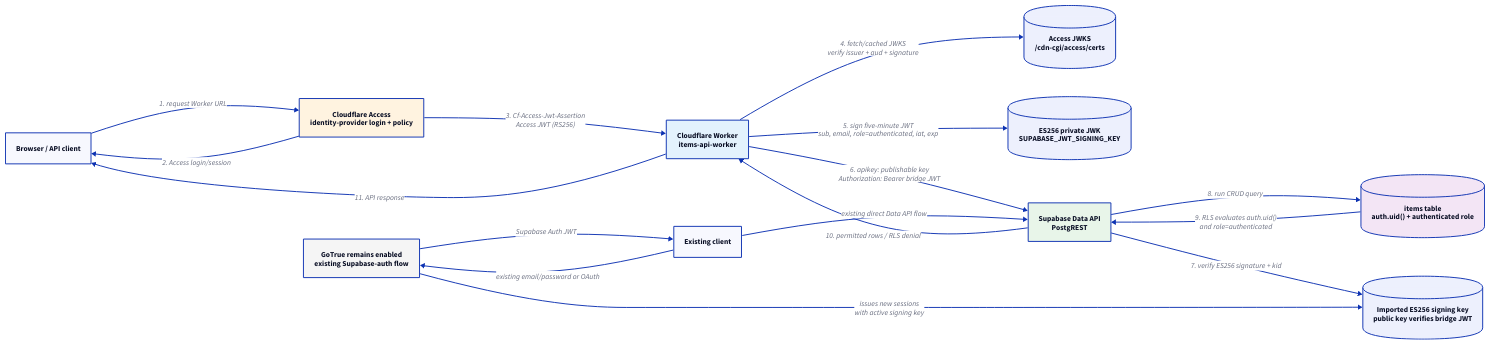
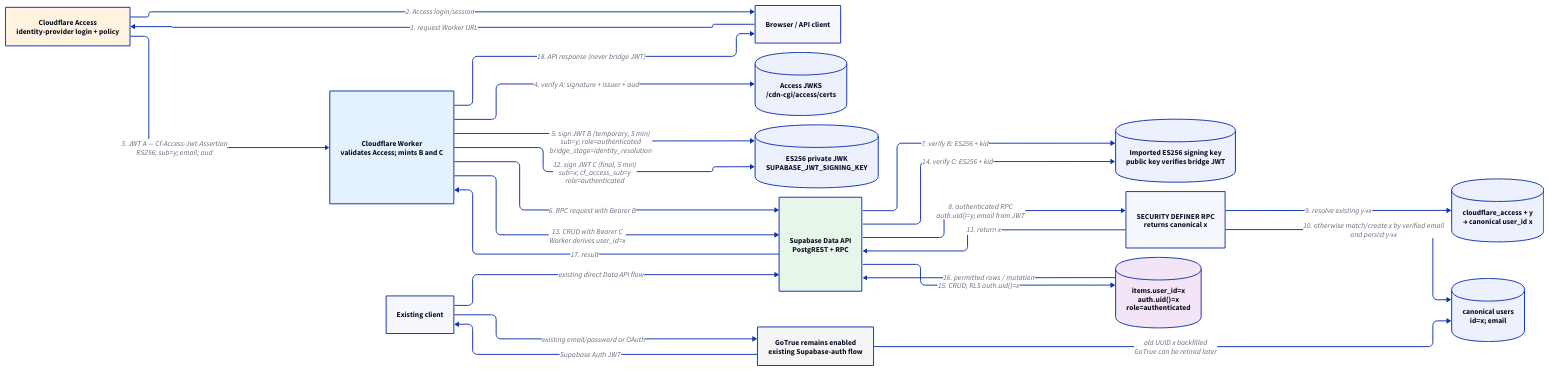
Before and after one commit to yuyutsuk/supa: the diagram in docs/diagrams/option-c-auth-flow.d2, drawn with D2. The commit also changed 8 other files, not shown here.

Commit message:
old user reconciliation

```diff
--- a/docs/diagrams/option-c-auth-flow.d2
+++ b/docs/diagrams/option-c-auth-flow.d2
@@ -1,68 +1,96 @@
+vars: {
+  d2-config: {
+    layout-engine: elk
+  }
+}
+
 direction: right
 
 client: Browser / API client
 
 access: Cloudflare Access {
   shape: rectangle
   label: "Cloudflare Access\nidentity-provider login + policy"
 }
 
 worker: Cloudflare Worker\nitems-api-worker {
   shape: rectangle
-  label: "Cloudflare Worker\nitems-api-worker"
+  label: "Cloudflare Worker\nvalidates Access; mints B and C"
 }
 
 access_jwks: Cloudflare Access JWKS {
   shape: cylinder
   label: "Access JWKS\n/cdn-cgi/access/certs"
 }
 
 worker_key: Worker Secret {
   shape: cylinder
   label: "ES256 private JWK\nSUPABASE_JWT_SIGNING_KEY"
 }
 
 supabase: Supabase Data API {
   shape: rectangle
-  label: "Supabase Data API\nPostgREST"
+  label: "Supabase Data API\nPostgREST + RPC"
 }
 
 supabase_key: Supabase signing key {
   shape: cylinder
   label: "Imported ES256 signing key\npublic key verifies bridge JWT"
 }
 
+resolver: resolve_or_provision\n_current_identity() {
+  shape: rectangle
+  label: "SECURITY DEFINER RPC\nreturns canonical x"
+}
+
+identity_map: public.user_identities {
+  shape: cylinder
+  label: "cloudflare_access + y\n→ canonical user_id x"
+}
+
+app_users: public.app_users {
+  shape: cylinder
+  label: "canonical users\nid=x; email"
+}
+
 postgres: Postgres + RLS {
   shape: cylinder
-  label: "items table\nauth.uid() + authenticated role"
+  label: "items.user_id=x\nauth.uid()=x\nrole=authenticated"
 }
 
 gotrue: Supabase GoTrue {
   shape: rectangle
   label: "GoTrue remains enabled\nexisting Supabase-auth flow"
 }
 
 legacy_client: Existing client
 
 client -> access: "1. request Worker URL"
 access -> client: "2. Access login/session"
-access -> worker: "3. Cf-Access-Jwt-Assertion\nAccess JWT (RS256)"
-worker -> access_jwks: "4. fetch/cached JWKS\nverify issuer + aud + signature"
-worker -> worker_key: "5. sign five-minute JWT\nsub, email, role=authenticated, iat, exp"
-worker -> supabase: "6. apikey: publishable key\nAuthorization: Bearer bridge JWT"
-supabase -> supabase_key: "7. verify ES256 signature + kid"
-supabase -> postgres: "8. run CRUD query"
-postgres -> supabase: "9. RLS evaluates auth.uid()\nand role=authenticated"
-supabase -> worker: "10. permitted rows / RLS denial"
-worker -> client: "11. API response"
+access -> worker: "3. JWT A — Cf-Access-Jwt-Assertion\nRS256; sub=y; email; aud"
+worker -> access_jwks: "4. verify A: signature + issuer + aud"
+worker -> worker_key: "5. sign JWT B (temporary, 5 min)\nsub=y; role=authenticated\nbridge_stage=identity_resolution"
+worker -> supabase: "6. RPC request with Bearer B"
+supabase -> supabase_key: "7. verify B: ES256 + kid"
+supabase -> resolver: "8. authenticated RPC\nauth.uid()=y; email from JWT"
+resolver -> identity_map: "9. resolve existing y→x"
+resolver -> app_users: "10. otherwise match/create x by verified email\nand persist y→x"
+resolver -> supabase: "11. return x"
+worker -> worker_key: "12. sign JWT C (final, 5 min)\nsub=x; cf_access_sub=y\nrole=authenticated"
+worker -> supabase: "13. CRUD with Bearer C\nWorker derives user_id=x"
+supabase -> supabase_key: "14. verify C: ES256 + kid"
+supabase -> postgres: "15. CRUD; RLS auth.uid()=x"
+postgres -> supabase: "16. permitted rows / mutation"
+supabase -> worker: "17. result"
+worker -> client: "18. API response (never bridge JWT)"
 
 legacy_client -> gotrue: "existing email/password or OAuth"
 gotrue -> legacy_client: "Supabase Auth JWT"
 legacy_client -> supabase: "existing direct Data API flow"
-gotrue -> supabase_key: "issues new sessions\nwith active signing key"
+gotrue -> app_users: "old UUID x backfilled\nGoTrue can be retired later"
 
 worker.style.fill: "#e3f2fd"
 access.style.fill: "#fff3e0"
 supabase.style.fill: "#e8f5e9"
 postgres.style.fill: "#f3e5f5"
 gotrue.style.fill: "#f5f5f5"
```
